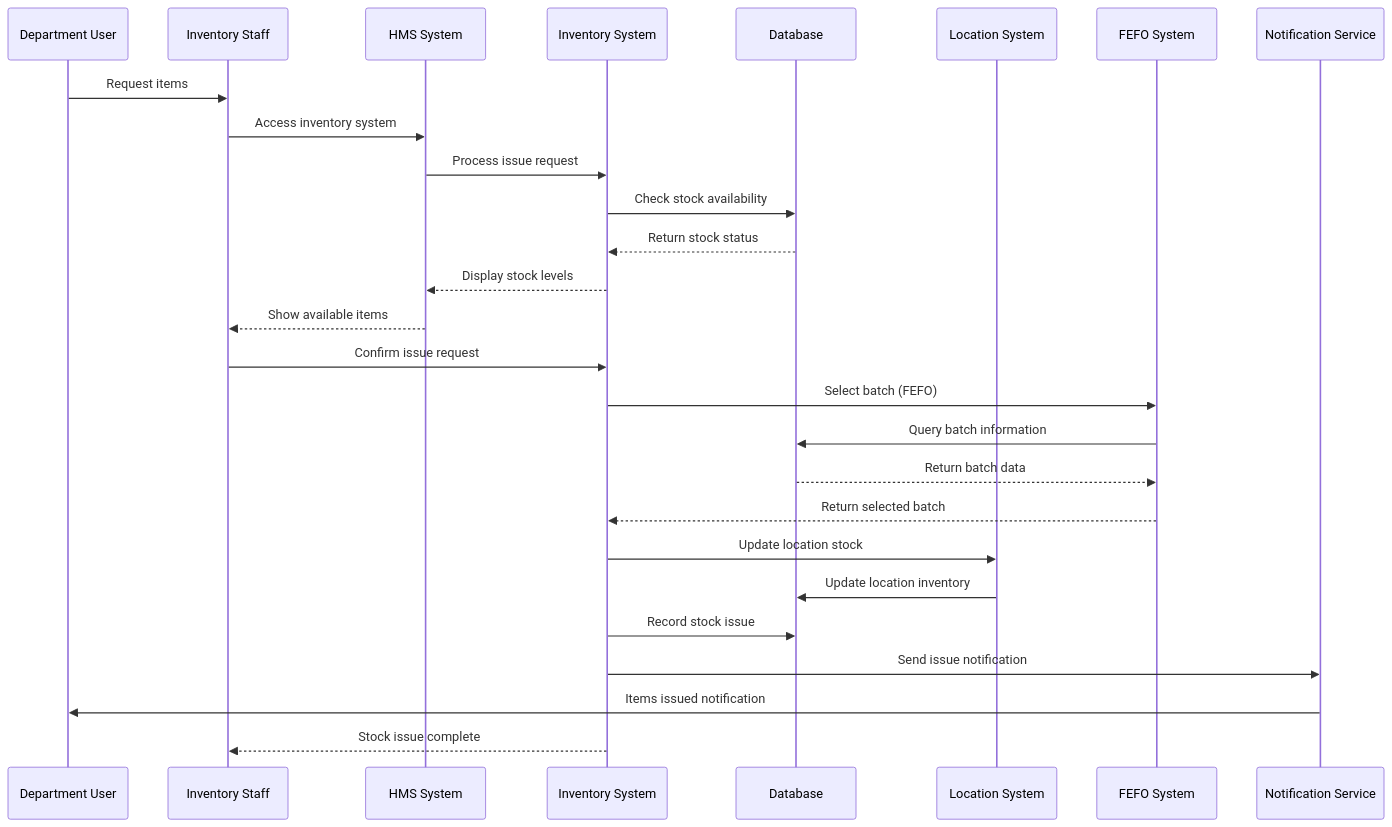
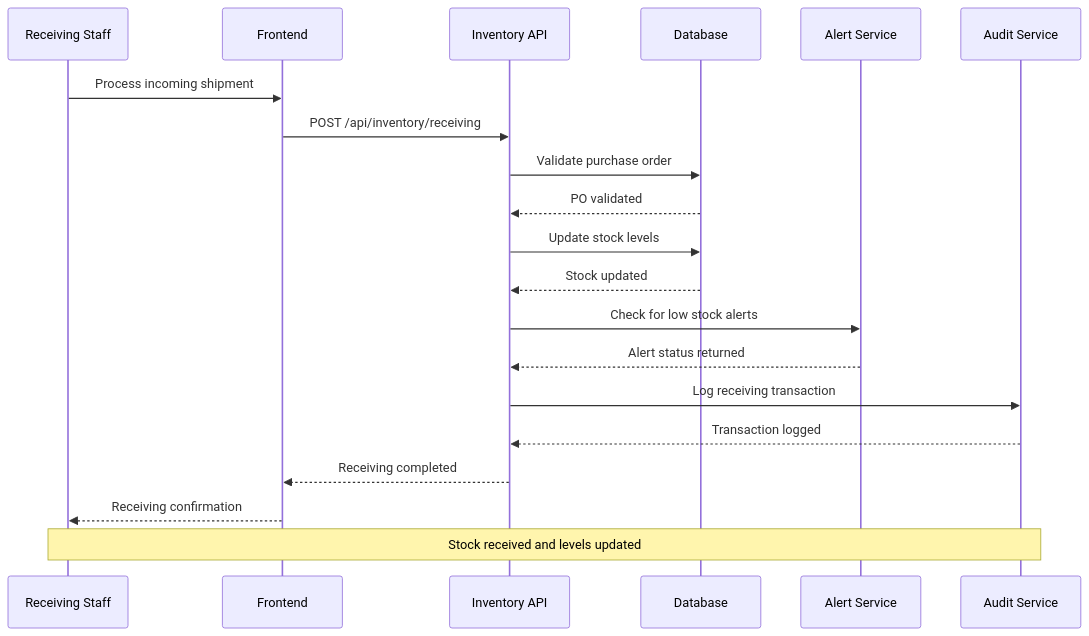
Before and after one commit to harcop/limises: the second of 10 diagrams in sequence-diagrams/inventory-management-sequence.md, drawn with Mermaid. The commit also changed other lines of this file and 6 other files, not shown here.

````diff
--- a/sequence-diagrams/inventory-management-sequence.md
+++ b/sequence-diagrams/inventory-management-sequence.md
@@ -43,30 +41,29 @@
 ```mermaid
 sequenceDiagram
-    participant USER as Department User
-    participant STAFF as Inventory Staff
-    participant HMS as HMS System
-    participant INVENTORY as Inventory System
+    participant Staff as Receiving Staff
+    participant Frontend as Frontend
+    participant API as Inventory API
     participant DB as Database
-    participant LOCATION as Location System
-    participant FEFO as FEFO System
-    participant NOT as Notification Service
+    participant Alert as Alert Service
+    participant Audit as Audit Service
 
-    USER->>STAFF: Request items
-    STAFF->>HMS: Access inventory system
-    HMS->>INVENTORY: Process issue request
-    INVENTORY->>DB: Check stock availability
-    DB-->>INVENTORY: Return stock status
-    INVENTORY-->>HMS: Display stock levels
-    HMS-->>STAFF: Show available items
-    STAFF->>INVENTORY: Confirm issue request
-    INVENTORY->>FEFO: Select batch (FEFO)
-    FEFO->>DB: Query batch information
-    DB-->>FEFO: Return batch data
-    FEFO-->>INVENTORY: Return selected batch
-    INVENTORY->>LOCATION: Update location stock
-    LOCATION->>DB: Update location inventory
-    INVENTORY->>DB: Record stock issue
-    INVENTORY->>NOT: Send issue notification
-    NOT->>USER: Items issued notification
-    INVENTORY-->>STAFF: Stock issue complete
+    Staff->>Frontend: Process incoming shipment
+    Frontend->>API: POST /api/inventory/receiving
+    
+    API->>DB: Validate purchase order
+    DB-->>API: PO validated
+    
+    API->>DB: Update stock levels
+    DB-->>API: Stock updated
+    
+    API->>Alert: Check for low stock alerts
+    Alert-->>API: Alert status returned
+    
+    API->>Audit: Log receiving transaction
+    Audit-->>API: Transaction logged
+    
+    API-->>Frontend: Receiving completed
+    Frontend-->>Staff: Receiving confirmation
+    
+    Note over Staff, Audit: Stock received and levels updated
 ```
````
